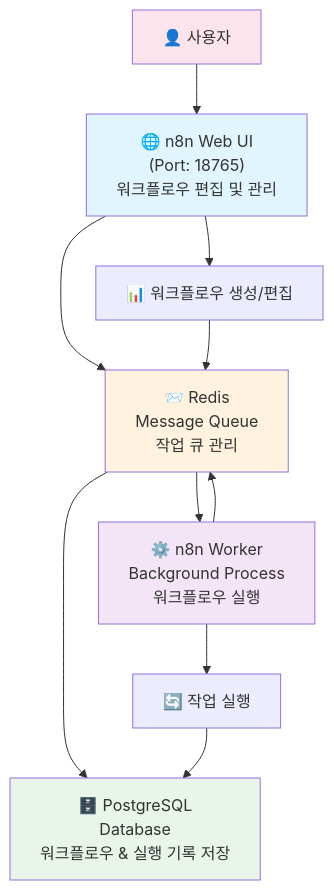
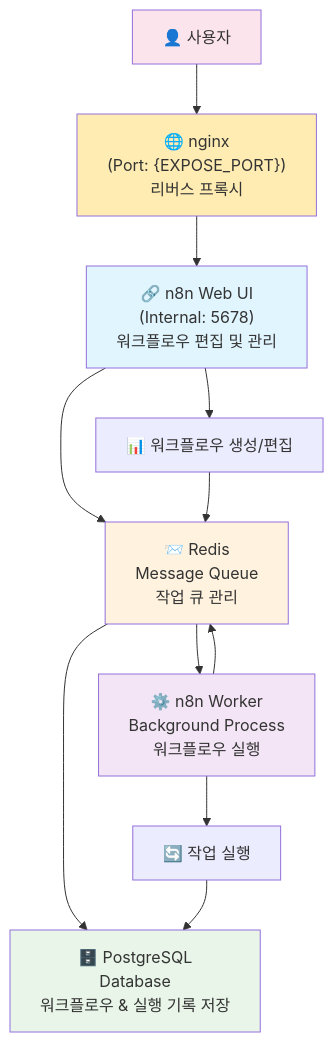
One commit to GzuPark/n8n-custom changed the third of 5 diagrams in README.md. Above: the diagram before and after it, drawn with Mermaid. The commit also changed other lines of this file and 10 other files, not shown here.

````diff
--- a/README.md
+++ b/README.md
@@ -298,19 +121,21 @@
 ```mermaid
 graph TD
-    A["🌐 n8n Web UI<br/>(Port: 18765)<br/>워크플로우 편집 및 관리"] --> C["📨 Redis<br/>Message Queue<br/>작업 큐 관리"]
-    B["⚙️ n8n Worker<br/>Background Process<br/>워크플로우 실행"] --> C
-    C --> D["🗄️ PostgreSQL<br/>Database<br/>워크플로우 & 실행 기록 저장"]
+    A["🌐 nginx<br/>(Port: {EXPOSE_PORT})<br/>리버스 프록시"] --> B["🔗 n8n Web UI<br/>(Internal: 5678)<br/>워크플로우 편집 및 관리"]
+    B --> C["📨 Redis<br/>Message Queue<br/>작업 큐 관리"]
+    D["⚙️ n8n Worker<br/>Background Process<br/>워크플로우 실행"] --> C
+    C --> E["🗄️ PostgreSQL<br/>Database<br/>워크플로우 & 실행 기록 저장"]
     
-    E["👤 사용자"] --> A
-    A --> F["📊 워크플로우 생성/편집"]
-    F --> C
-    C --> B
-    B --> G["🔄 작업 실행"]
-    G --> D
+    F["👤 사용자"] --> A
+    B --> G["📊 워크플로우 생성/편집"]
+    G --> C
+    C --> D
+    D --> H["🔄 작업 실행"]
+    H --> E
     
-    style A fill:#e1f5fe
-    style B fill:#f3e5f5
+    style A fill:#ffecb3
+    style B fill:#e1f5fe
+    style D fill:#f3e5f5
     style C fill:#fff3e0
-    style D fill:#e8f5e8
-    style E fill:#fce4ec
+    style E fill:#e8f5e8
+    style F fill:#fce4ec
 ```
````
